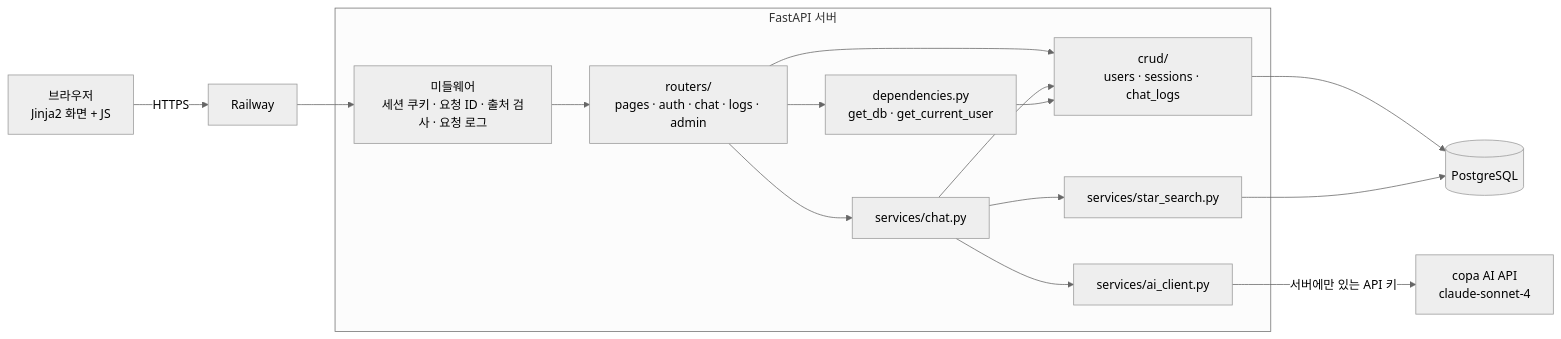
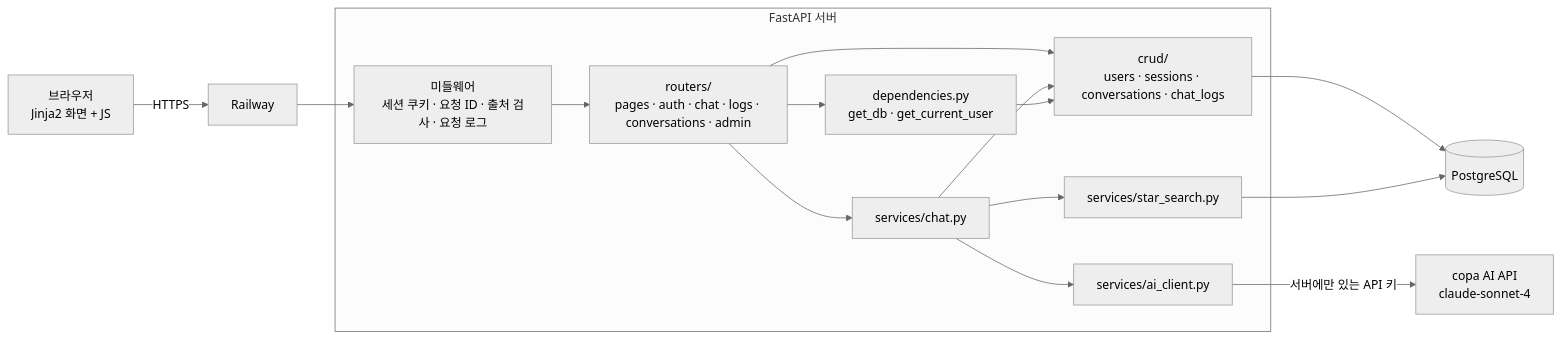
One commit to innurhap28/Next-Star-Hunter.bot changed the first of 2 diagrams in README.md. Above: the diagram before and after it, drawn with Mermaid (neutral theme). The commit also changed other lines of this file and 4 other files, not shown here.

````diff
--- a/README.md
+++ b/README.md
@@ -74,18 +74,18 @@
 ```mermaid
 flowchart LR
     B["브라우저<br/>Jinja2 화면 + JS"] -->|HTTPS| R["Railway"]
     R --> M
     subgraph S["FastAPI 서버"]
-        M["미들웨어<br/>세션 쿠키 · 요청 ID · 출처 검사 · 요청 로그"] --> RT["routers/<br/>pages · auth · chat · logs · admin"]
+        M["미들웨어<br/>세션 쿠키 · 요청 ID · 출처 검사 · 요청 로그"] --> RT["routers/<br/>pages · auth · chat · logs · conversations · admin"]
         RT --> D["dependencies.py<br/>get_db · get_current_user"]
         RT --> SV["services/chat.py"]
         SV --> SS["services/star_search.py"]
         SV --> AC["services/ai_client.py"]
-        RT --> CR["crud/<br/>users · sessions · chat_logs"]
+        RT --> CR["crud/<br/>users · sessions · conversations · chat_logs"]
         SV --> CR
         D --> CR
     end
     CR --> DB[("PostgreSQL")]
     SS --> DB
     AC -->|"서버에만 있는 API 키"| AI["copa AI API<br/>claude-sonnet-4"]
 ```
````
